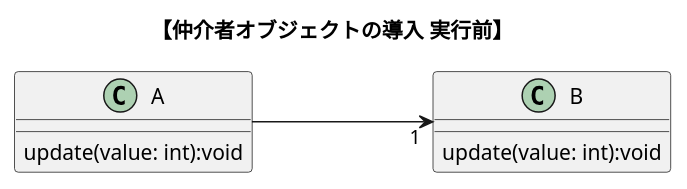
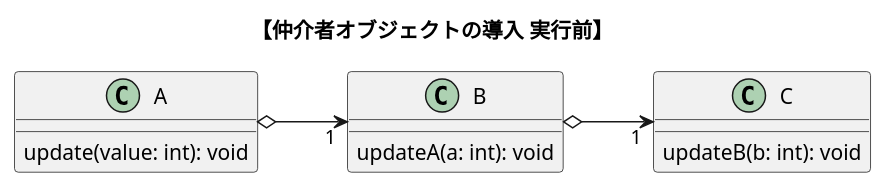
One commit to nitta-lab/TwoStagesModelingExperiments changed the diagram in puml/classes/before_introduce_mediator.puml. Above: the diagram before and after it, drawn with PlantUML. The commit also changed 7 other files, not shown here.

```diff
--- a/puml/classes/before_introduce_mediator.puml
+++ b/puml/classes/before_introduce_mediator.puml
@@ -1,14 +1,19 @@
 @startuml map_class_push_CFD
 title "【仲介者オブジェクトの導入 実行前】"
 left to right direction
 
 class "A"{
-    update(value: int):void
+    update(value: int): void
 }
 class "B"{
-    update(value: int):void
+    updateA(a: int): void
 }
 
-"A" ---> "1" "B"
+class "C"{
+    updateB(b: int): void
+}
+
+"A" o--> "1" "B"
+"B" o--> "1" "C"
 
 @enduml
```
